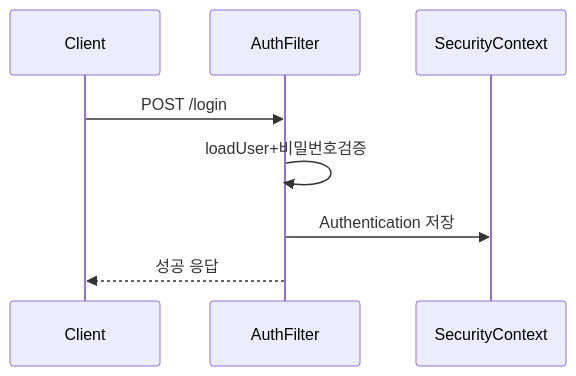
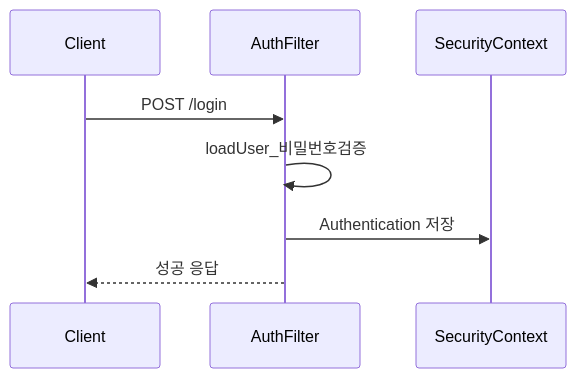
One commit to yjkim2015/yjkim2015.github.io changed the second of 5 diagrams in _posts/spring/2026-05-01-spring-security-architecture.md. Above: the diagram before and after it, drawn with Mermaid. The commit also changed 38 other files, not shown here.

First line of the commit message:
Mermaid 파싱 에러 최종 수정 + 화살표 간격 확대

````diff
--- a/_posts/spring/2026-05-01-spring-security-architecture.md
+++ b/_posts/spring/2026-05-01-spring-security-architecture.md
@@ -100,10 +100,10 @@
 ```mermaid
 sequenceDiagram
     participant C as Client
     participant F as AuthFilter
     participant SC as SecurityContext
     C->>F: POST /login
-    F->>F: loadUser+비밀번호검증
+    F->>F: loadUser_비밀번호검증
     F->>SC: Authentication 저장
     F-->>C: 성공 응답
 ```
````
